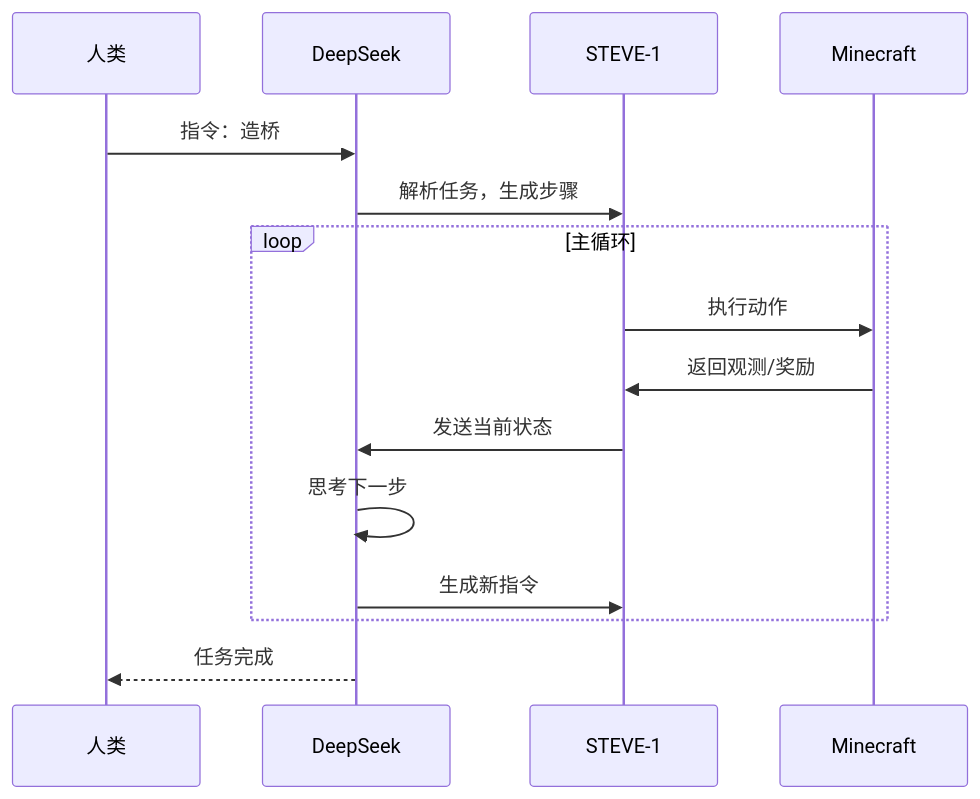
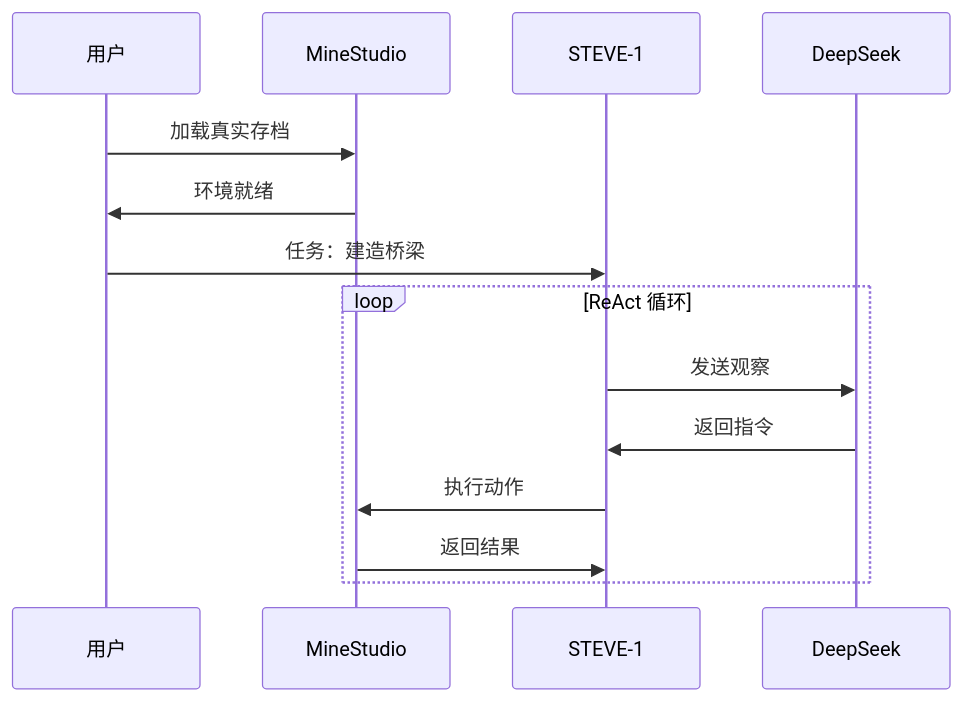
Before and after one commit to beancookie/MineStudio: the second of 3 diagrams in docs/source/hackathon_proposal.md, drawn with Mermaid. The commit also changed other lines of this file and 3 other files, not shown here.

````diff
--- a/docs/source/hackathon_proposal.md
+++ b/docs/source/hackathon_proposal.md
@@ -77,18 +89,17 @@
 ```mermaid
 sequenceDiagram
-    participant Human as 人类
+    participant User as 用户
+    participant Env as MineStudio
+    participant Agent as STEVE-1
     participant LLM as DeepSeek
-    participant Agent as STEVE-1
-    participant Env as Minecraft
 
-    Human->>LLM: 指令：造桥
-    LLM->>Agent: 解析任务，生成步骤
-    loop 主循环
+    User->>Env: 加载真实存档
+    Env->>User: 环境就绪
+    User->>Agent: 任务：建造桥梁
+    loop ReAct 循环
+        Agent->>LLM: 发送观察
+        LLM->>Agent: 返回指令
         Agent->>Env: 执行动作
-        Env->>Agent: 返回观测/奖励
-        Agent->>LLM: 发送当前状态
-        LLM->>LLM: 思考下一步
-        LLM->>Agent: 生成新指令
+        Env->>Agent: 返回结果
     end
-    LLM-->>Human: 任务完成
 ```
````
